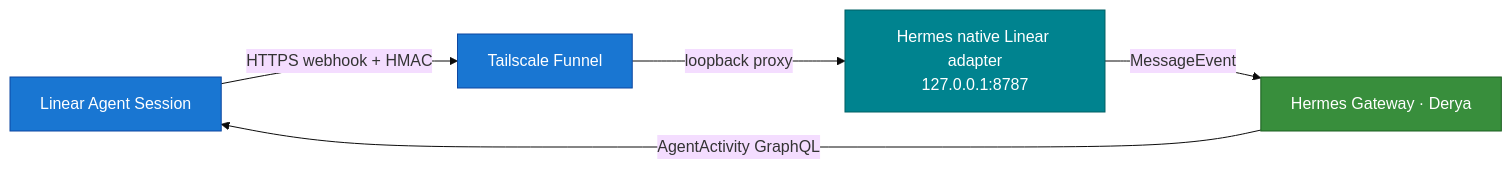
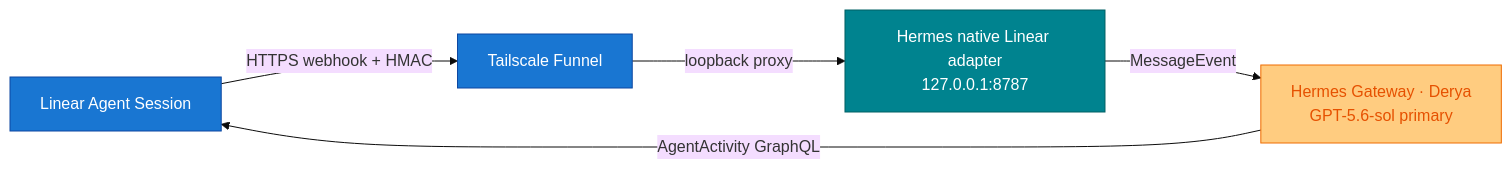
One commit to mpolatcan/hermes-setup changed the diagram in integrations/linear-hermes-platform/README.md. Above: the diagram before and after it, drawn with Mermaid (base theme). The commit also changed other lines of this file and 14 other files, not shown here.

````diff
--- a/integrations/linear-hermes-platform/README.md
+++ b/integrations/linear-hermes-platform/README.md
@@ -7,11 +7,11 @@
 ```mermaid
 flowchart LR
     L["Linear Agent Session"]:::net -->|"HTTPS webhook + HMAC"| F["Tailscale Funnel"]:::net
     F -->|"loopback proxy"| A["Hermes native Linear adapter<br/>127.0.0.1:8787"]:::svc
-    A -->|"MessageEvent"| G["Hermes Gateway · Derya"]:::mini
+    A -->|"MessageEvent"| G["Hermes Gateway · Derya<br/>GPT-5.6-sol primary"]:::codex
     G -->|"AgentActivity GraphQL"| L
 
     classDef net fill:#1976D2,stroke:#0D47A1,color:#fff
     classDef svc fill:#00838F,stroke:#006064,color:#fff
-    classDef mini fill:#388E3C,stroke:#1B5E20,color:#fff
+    classDef codex fill:#FFCC80,stroke:#EF6C00,color:#E65100
 ```
````
